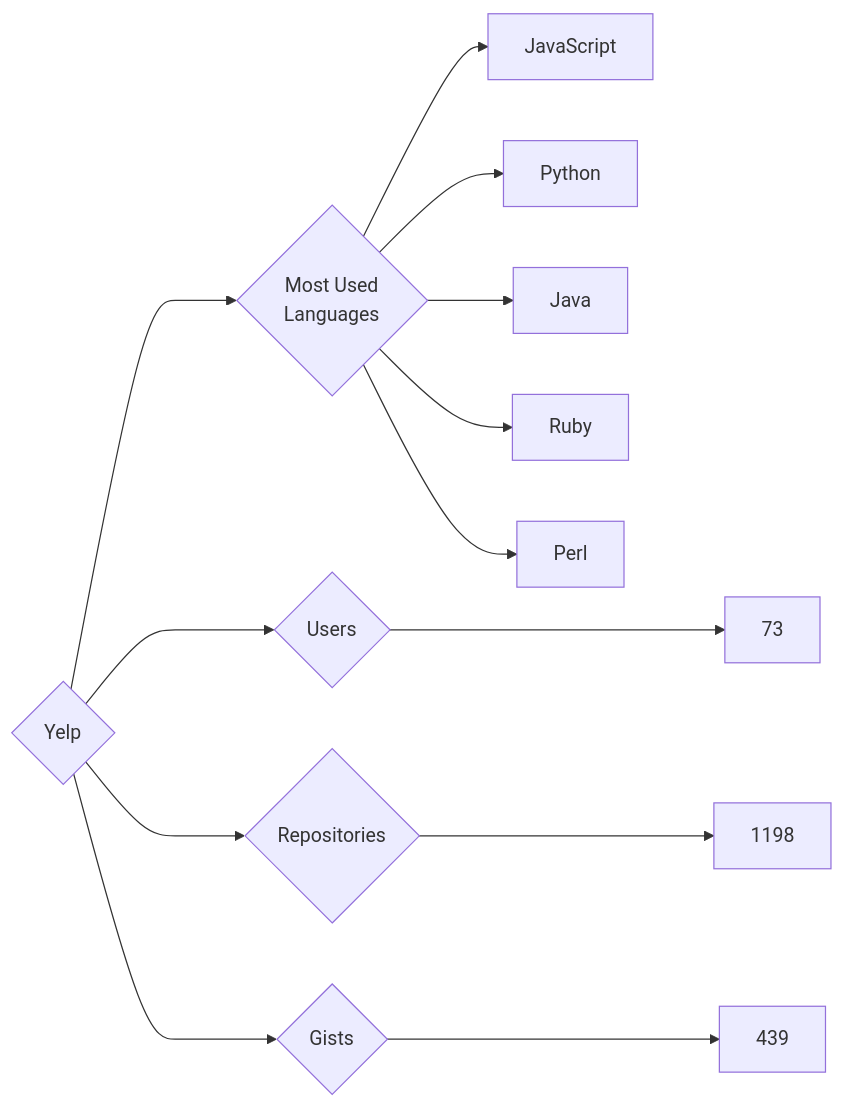
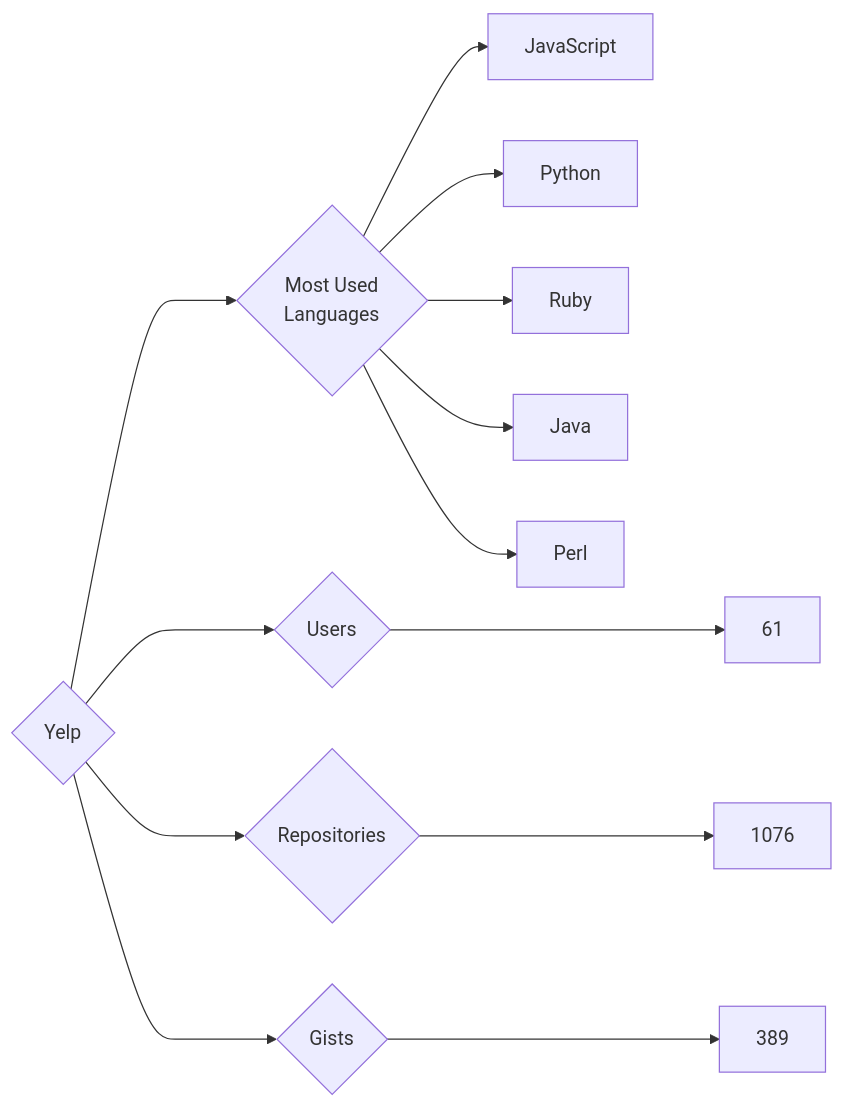
One commit to trickest/insiders changed the diagram in targets/Yelp/README.md. Above: the diagram before and after it, drawn with Mermaid. The commit also changed 860 other files, not shown here.

````diff
--- a/targets/Yelp/README.md
+++ b/targets/Yelp/README.md
@@ -3,13 +3,13 @@
 ```mermaid
 graph LR
 COMPANY_NAME{Yelp}
-COMPANY_NAME ---> U{Users} ---> UN[73]
-COMPANY_NAME ---> R{Repositories} ---> RN[1198]
-COMPANY_NAME ---> G{Gists} ---> GN[439]
+COMPANY_NAME ---> U{Users} ---> UN[61]
+COMPANY_NAME ---> R{Repositories} ---> RN[1076]
+COMPANY_NAME ---> G{Gists} ---> GN[389]
 COMPANY_NAME ---> ML{Most Used<br>Languages}
 ML --> JavaScript[JavaScript]
 ML --> Python[Python]
+ML --> Ruby[Ruby]
 ML --> Java[Java]
-ML --> Ruby[Ruby]
 ML --> Perl[Perl]
 ```
````
